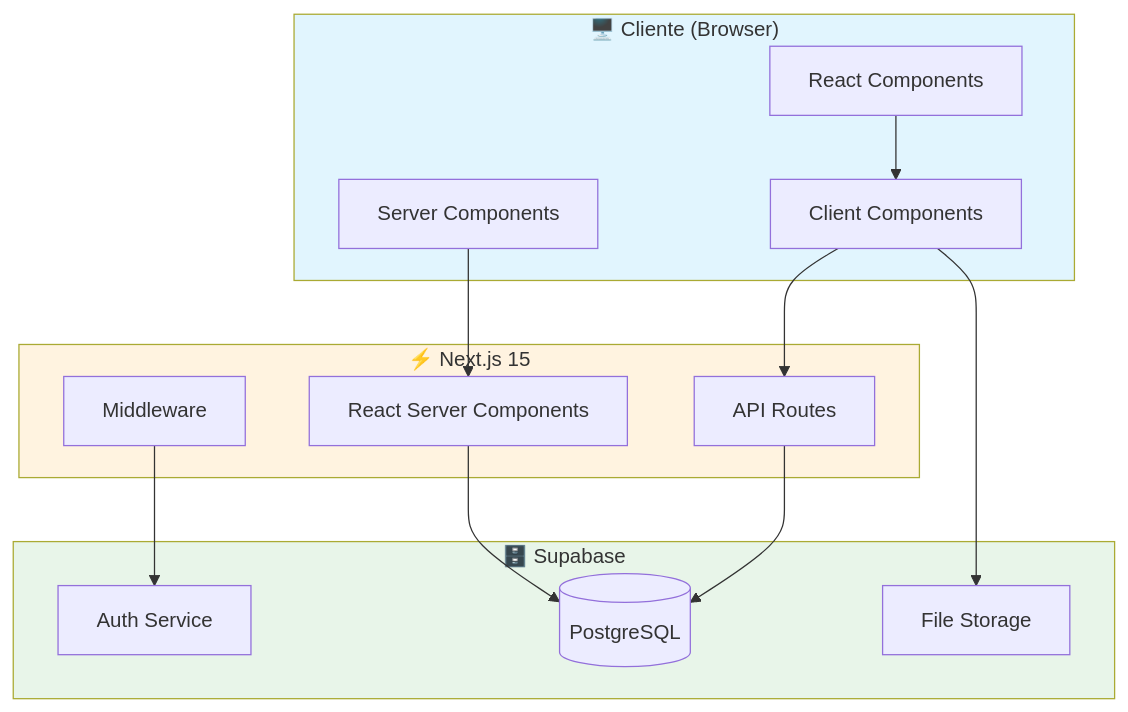
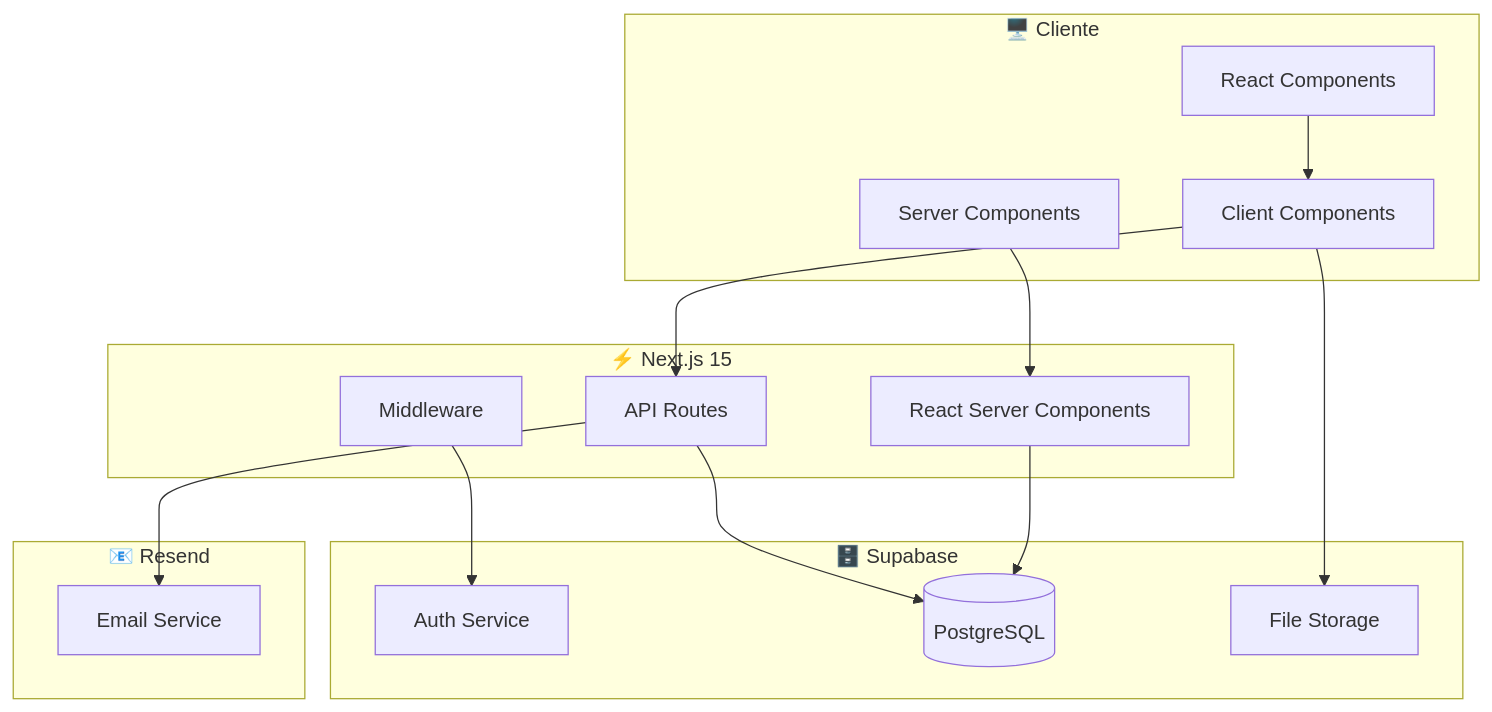
The first of 2 diagrams in README.md (Facudominguez7/JackeMate), drawn with Mermaid before and after one commit. The commit also changed other lines of this file, not shown here.

````diff
--- a/README.md
+++ b/README.md
@@ -36,32 +41,33 @@
 ```mermaid
-graph TB
-    subgraph Cliente["🖥️ Cliente (Browser)"]
-        UI[React Components]
-        CC[Client Components]
-        SC[Server Components]
+flowchart TB
+    subgraph Cliente["🖥️ Cliente"]
+        UI["React Components"]
+        CC["Client Components"]
+        SC["Server Components"]
     end
     
     subgraph NextJS["⚡ Next.js 15"]
-        AR[API Routes]
-        MW[Middleware]
-        RSC[React Server Components]
+        AR["API Routes"]
+        MW["Middleware"]
+        RSC["React Server Components"]
     end
     
     subgraph Backend["🗄️ Supabase"]
-        Auth[Auth Service]
-        DB[(PostgreSQL)]
-        Storage[File Storage]
+        Auth["Auth Service"]
+        DB[("PostgreSQL")]
+        Storage["File Storage"]
+    end
+    
+    subgraph Email["📧 Resend"]
+        EmailService["Email Service"]
     end
     
     UI --> CC
     CC --> AR
     SC --> RSC
     RSC --> DB
     AR --> DB
+    AR --> EmailService
     MW --> Auth
     CC --> Storage
-    
-    style Cliente fill:#e1f5fe
-    style NextJS fill:#fff3e0
-    style Backend fill:#e8f5e9
 ```
````
